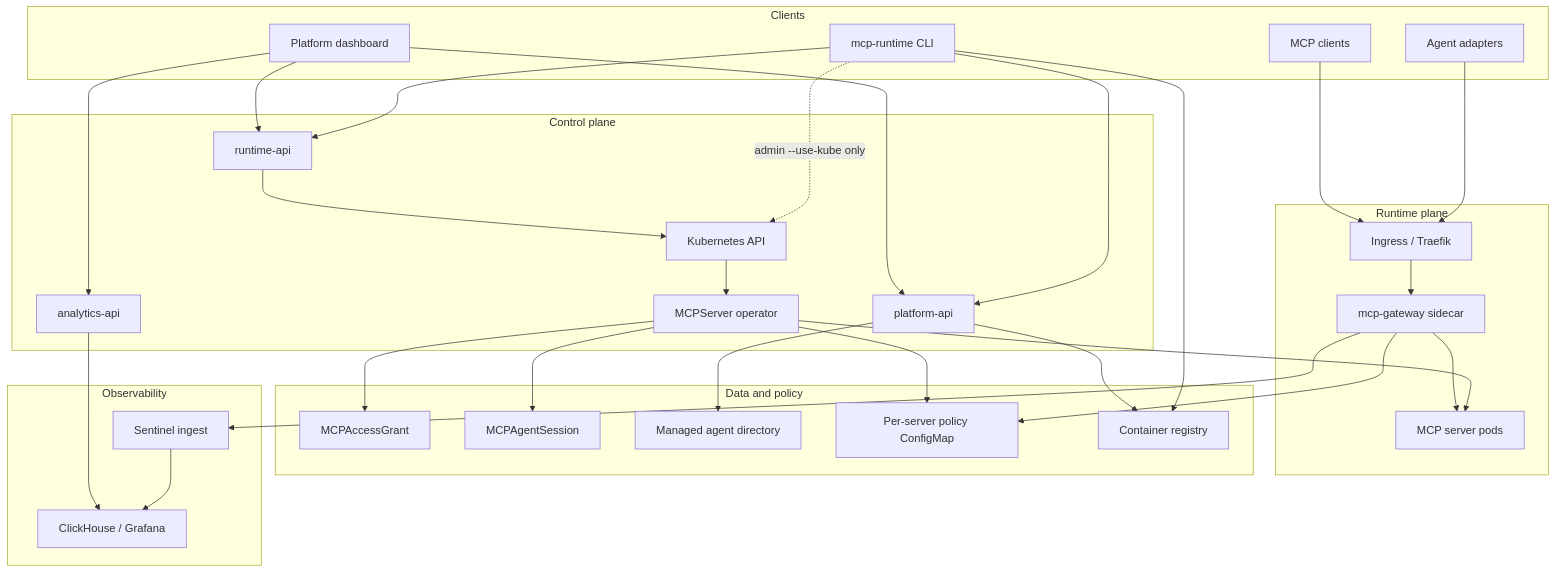
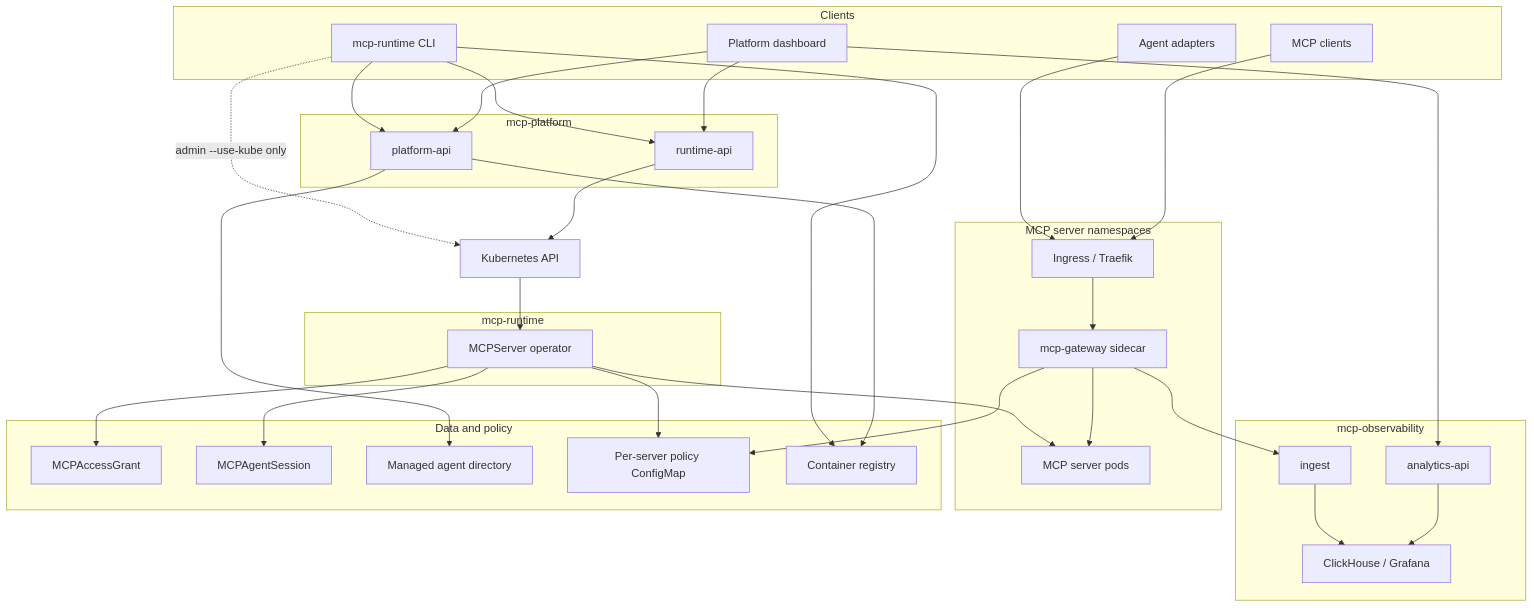
The diagram in docs/architecture.md (mcp-runtime/mcp-runtime), drawn with Mermaid before and after one commit. The commit also changed other lines of this file and 237 other files, not shown here.

First line of the commit message:
feat(platform): install services into owning namespaces

````diff
--- a/docs/architecture.md
+++ b/docs/architecture.md
@@ -8,58 +8,62 @@
 ```mermaid
 flowchart TB
     subgraph clients [Clients]
         CLI[mcp-runtime CLI]
         UI[Platform dashboard]
         Agent[Agent adapters]
         MCP[MCP clients]
     end
 
-    subgraph control [Control plane]
+    subgraph platform [mcp-platform]
         PlatAPI[platform-api]
         RunAPI[runtime-api]
-        AnaAPI[analytics-api]
-        K8s[Kubernetes API]
+    end
+
+    subgraph operatorns [mcp-runtime]
         Op[MCPServer operator]
     end
 
-    subgraph runtime [Runtime plane]
+    subgraph observability [mcp-observability]
+        AnaAPI[analytics-api]
+        Ingest[ingest]
+        CH[ClickHouse / Grafana]
+    end
+
+    subgraph runtime [MCP server namespaces]
         Ing[Ingress / Traefik]
         GW[mcp-gateway sidecar]
         Srv[MCP server pods]
     end
 
     subgraph data [Data and policy]
         Grant[MCPAccessGrant]
         Session[MCPAgentSession]
         AgentDir[Managed agent directory]
         Policy[Per-server policy ConfigMap]
         Reg[Container registry]
     end
 
-    subgraph obs [Observability]
-        Ingest[Sentinel ingest]
-        CH[ClickHouse / Grafana]
-    end
+    K8s[Kubernetes API]
 
     CLI --> PlatAPI
     CLI --> RunAPI
     CLI -. "admin --use-kube only" .-> K8s
     UI --> PlatAPI
     UI --> RunAPI
     UI --> AnaAPI
     PlatAPI --> AgentDir
     Agent --> Ing
     MCP --> Ing
     RunAPI --> K8s
     K8s --> Op
     Op --> Srv
     Op --> Grant
     Op --> Session
     Op --> Policy
     Ing --> GW --> Srv
     GW --> Policy
     CLI --> Reg
     PlatAPI --> Reg
     GW --> Ingest --> CH
     AnaAPI --> CH
 ```
````
